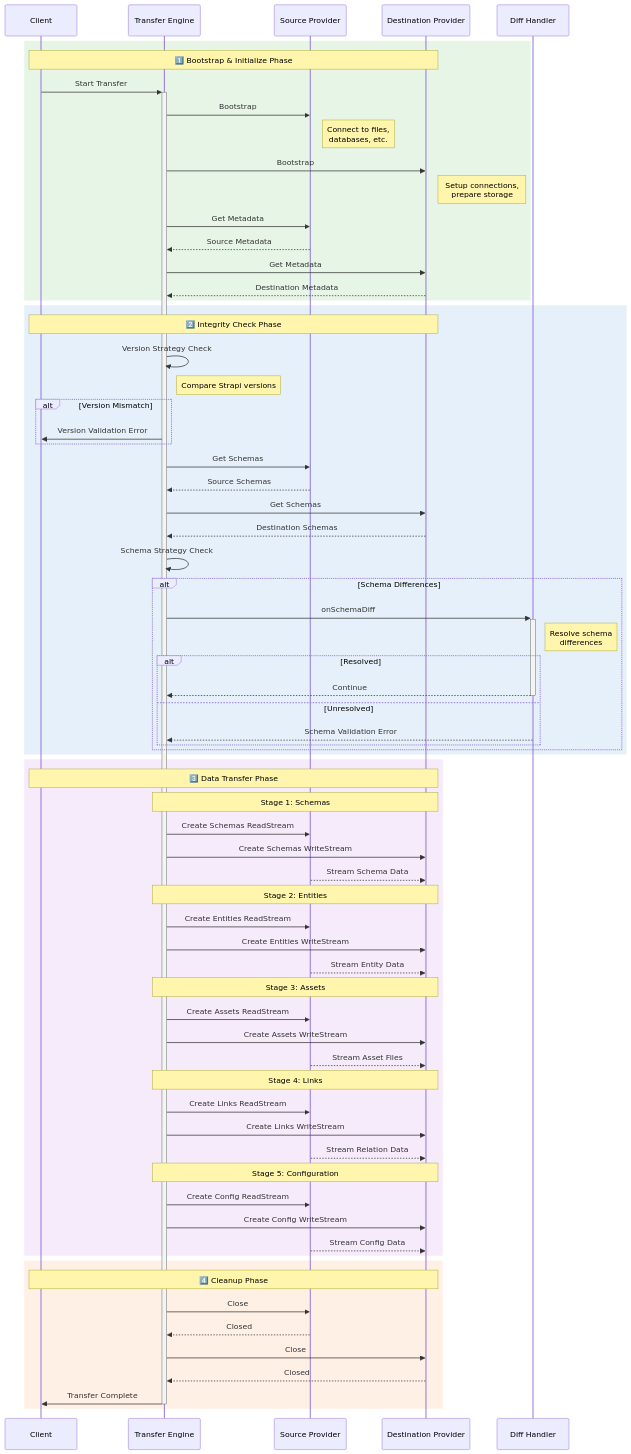
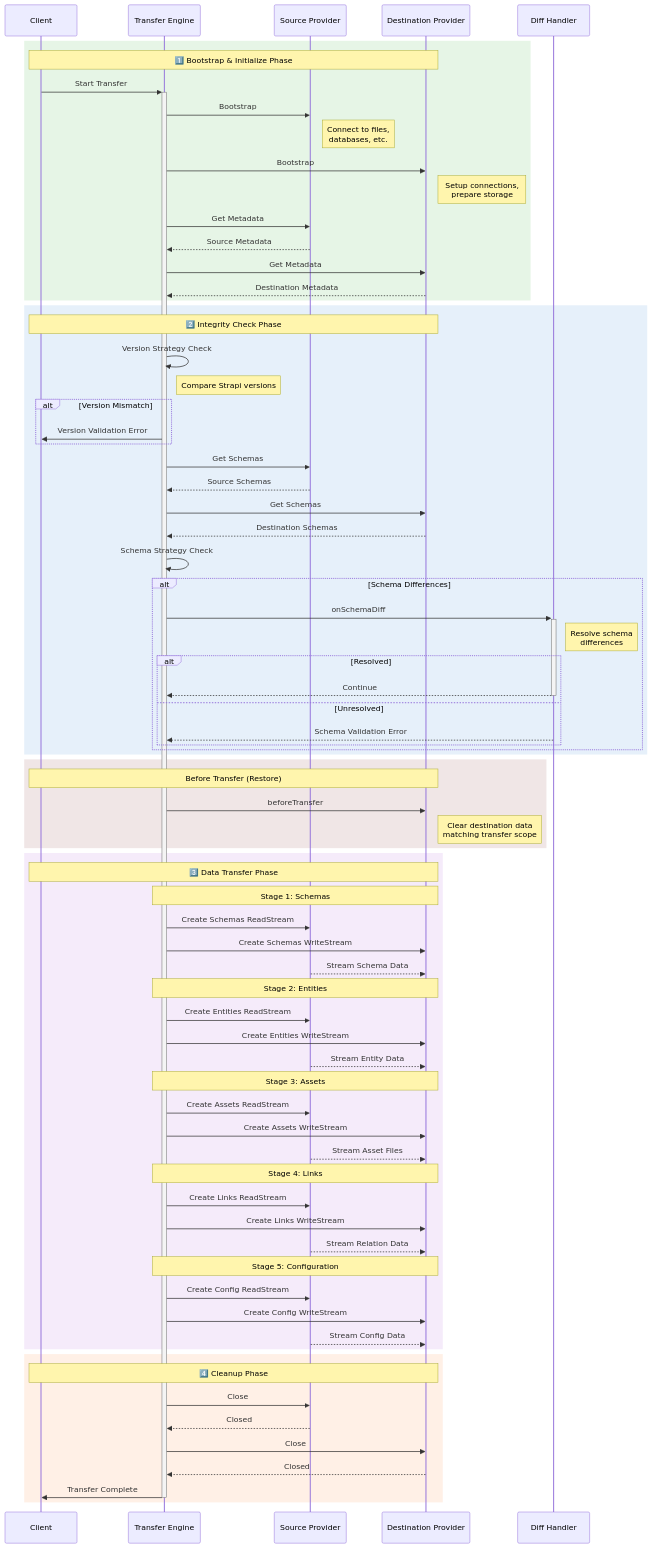
Before and after one commit to strapi/strapi: the second of 2 diagrams in docs/docs/docs/01-core/data-transfer/01-engine/01-engine.mdx, drawn with Mermaid. The commit also changed other lines of this file, not shown here.

First line of the commit message:
docs: Highlight destructive operation in transfer engine (#25081)

```diff
--- a/docs/docs/docs/01-core/data-transfer/01-engine/01-engine.mdx
+++ b/docs/docs/docs/01-core/data-transfer/01-engine/01-engine.mdx
@@ -126,6 +130,12 @@
         end
     end
 
+    rect rgb(240, 230, 230)
+        Note over Client,DP: Before Transfer (Restore)
+        TE->>DP: beforeTransfer
+        Note right of DP: Clear destination data<br/>matching transfer scope
+    end
+
     rect rgb(245, 235, 250)
         Note over Client,DP: 3️⃣ Data Transfer Phase
 
```
